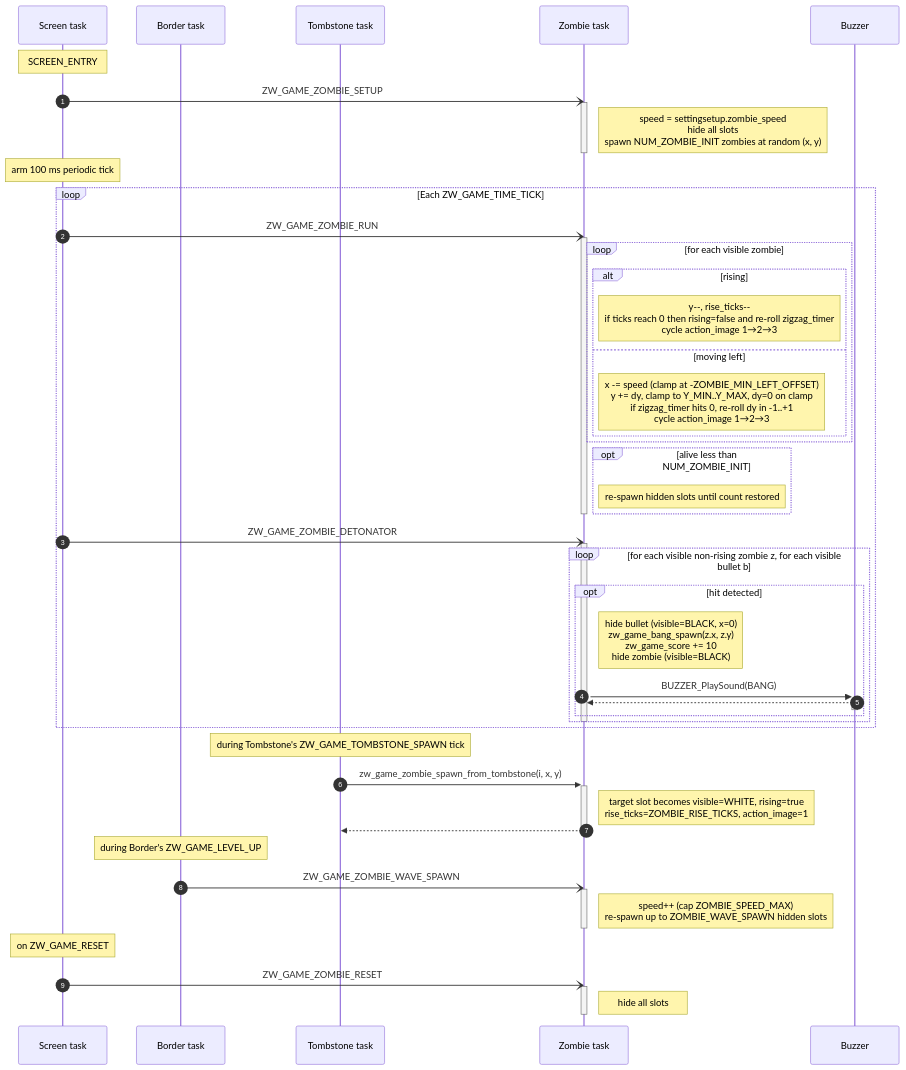
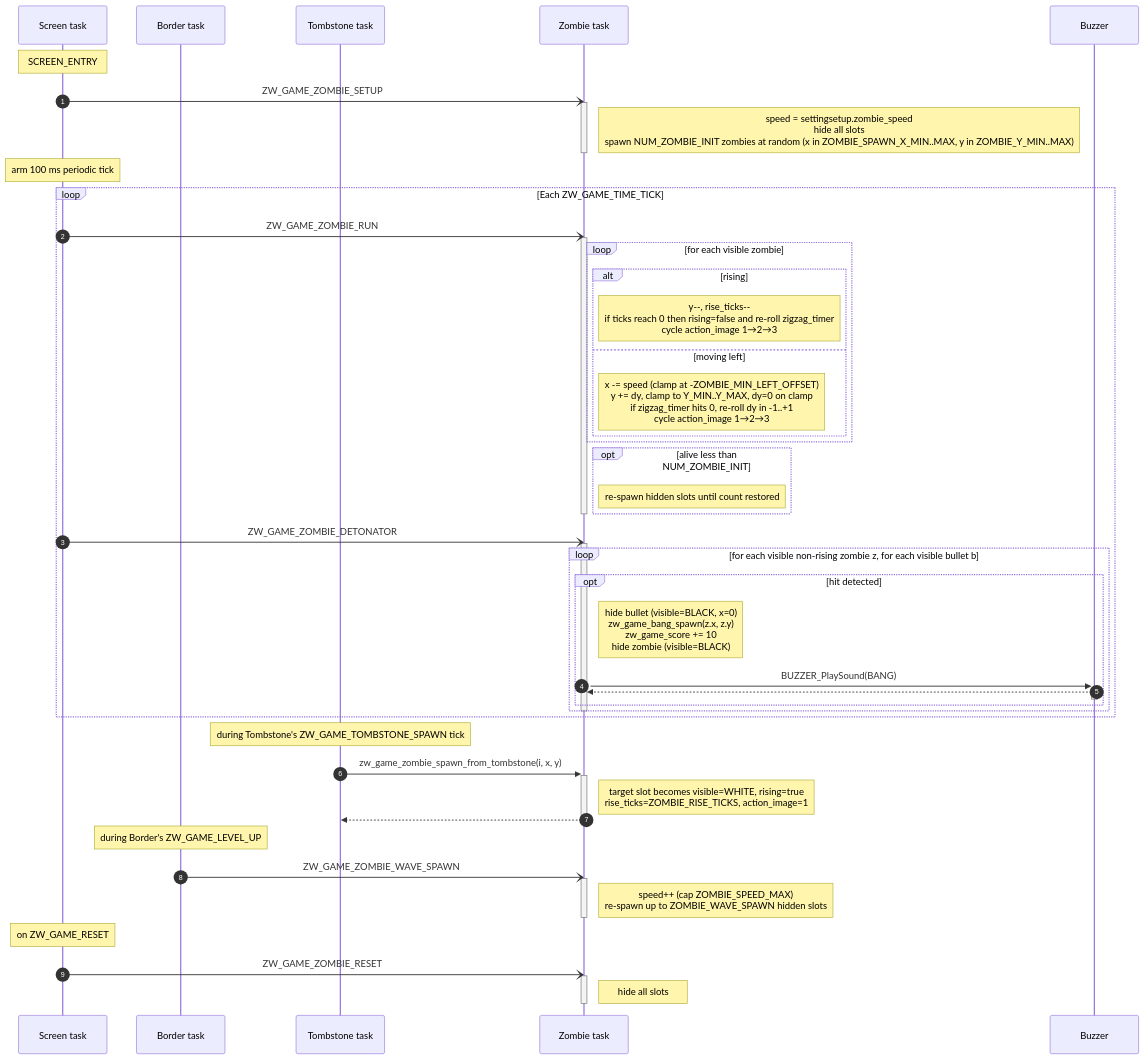
Before and after one commit to caotrongphuoc/mini-clock: the third of 7 diagrams in docs/object_sequence.md, drawn with Mermaid. The commit also changed other lines of this file, not shown here.

Commit message:
[UPDATE] objects's sequence follow rules of EDP

````diff
--- a/docs/object_sequence.md
+++ b/docs/object_sequence.md
@@ -138,60 +135,60 @@
 ```mermaid
 sequenceDiagram
     autonumber
     participant Scr as Screen task
     participant Bdr as Border task
     participant Tmb as Tombstone task
     participant Zmb as Zombie task
     participant Bz as Buzzer
 
     Note over Scr: SCREEN_ENTRY
     Scr-)Zmb: ZW_GAME_ZOMBIE_SETUP
     activate Zmb
-    Note right of Zmb: speed = settingsetup.zombie_speed<br/>hide all slots<br/>spawn NUM_ZOMBIE_INIT zombies at random (x, y)
+    Note right of Zmb: speed = settingsetup.zombie_speed<br/>hide all slots<br/>spawn NUM_ZOMBIE_INIT zombies at random (x in ZOMBIE_SPAWN_X_MIN..MAX, y in ZOMBIE_Y_MIN..MAX)
     deactivate Zmb
     Note over Scr: arm 100 ms periodic tick
 
     loop Each ZW_GAME_TIME_TICK
         Scr-)Zmb: ZW_GAME_ZOMBIE_RUN
         activate Zmb
         loop for each visible zombie
             alt rising
                 Note right of Zmb: y--, rise_ticks--<br/>if ticks reach 0 then rising=false and re-roll zigzag_timer<br/>cycle action_image 1→2→3
             else moving left
                 Note right of Zmb: x -= speed (clamp at -ZOMBIE_MIN_LEFT_OFFSET)<br/>y += dy, clamp to Y_MIN..Y_MAX, dy=0 on clamp<br/>if zigzag_timer hits 0, re-roll dy in -1..+1<br/>cycle action_image 1→2→3
             end
         end
         opt alive less than NUM_ZOMBIE_INIT
             Note right of Zmb: re-spawn hidden slots until count restored
         end
         deactivate Zmb
 
         Scr-)Zmb: ZW_GAME_ZOMBIE_DETONATOR
         activate Zmb
         loop for each visible non-rising zombie z, for each visible bullet b
             opt hit detected
                 Note right of Zmb: hide bullet (visible=BLACK, x=0)<br/>zw_game_bang_spawn(z.x, z.y)<br/>zw_game_score += 10<br/>hide zombie (visible=BLACK)
                 Zmb->>+Bz: BUZZER_PlaySound(BANG)
                 Bz-->>-Zmb: 
             end
         end
         deactivate Zmb
     end
 
     Note over Tmb: during Tombstone's ZW_GAME_TOMBSTONE_SPAWN tick
     Tmb->>+Zmb: zw_game_zombie_spawn_from_tombstone(i, x, y)
     Note right of Zmb: target slot becomes visible=WHITE, rising=true<br/>rise_ticks=ZOMBIE_RISE_TICKS, action_image=1
     Zmb-->>-Tmb: 
 
     Note over Bdr: during Border's ZW_GAME_LEVEL_UP
     Bdr-)Zmb: ZW_GAME_ZOMBIE_WAVE_SPAWN
     activate Zmb
     Note right of Zmb: speed++ (cap ZOMBIE_SPEED_MAX)<br/>re-spawn up to ZOMBIE_WAVE_SPAWN hidden slots
     deactivate Zmb
 
     Note over Scr: on ZW_GAME_RESET
     Scr-)Zmb: ZW_GAME_ZOMBIE_RESET
     activate Zmb
     Note right of Zmb: hide all slots
     deactivate Zmb
 ```
````
